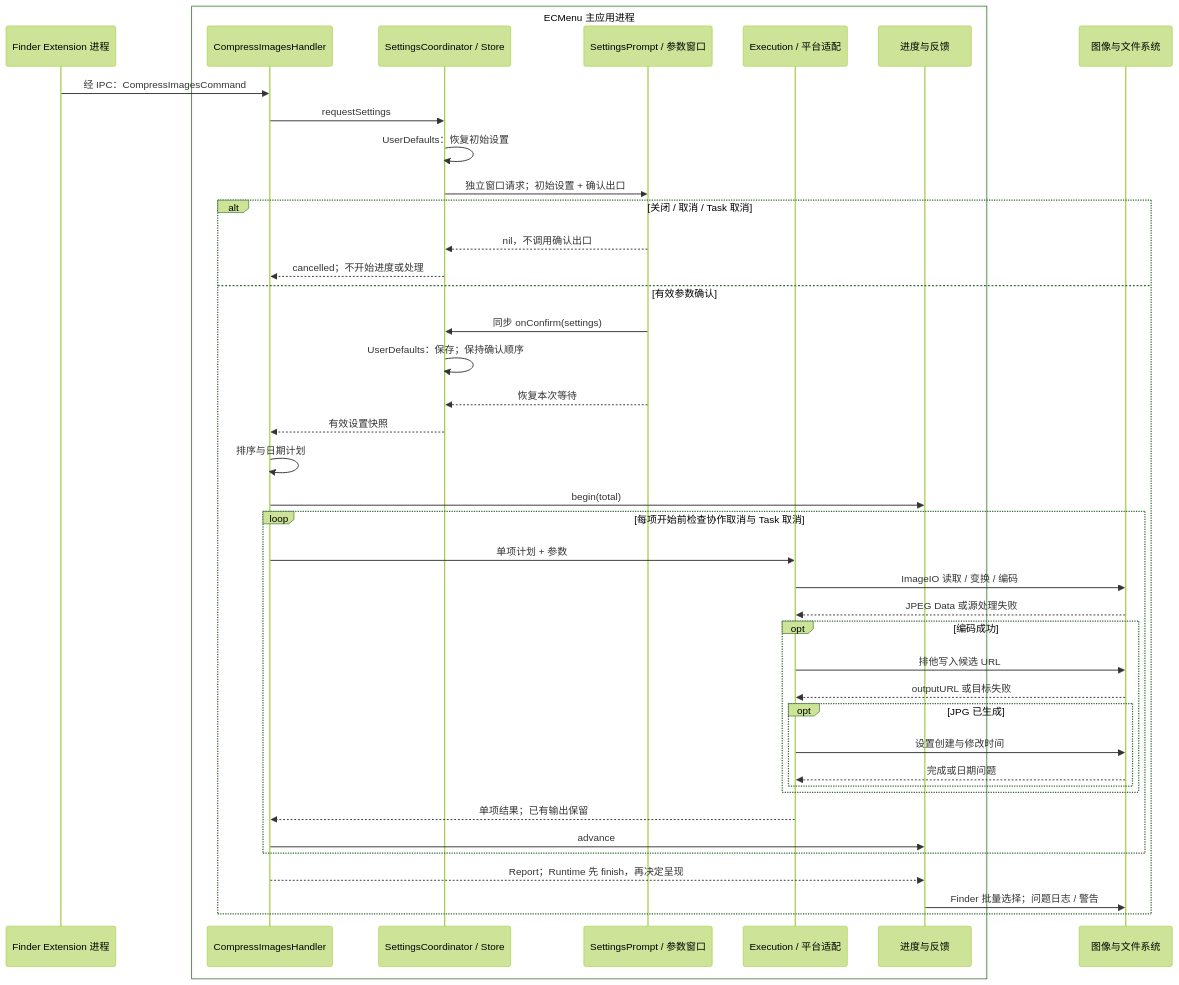
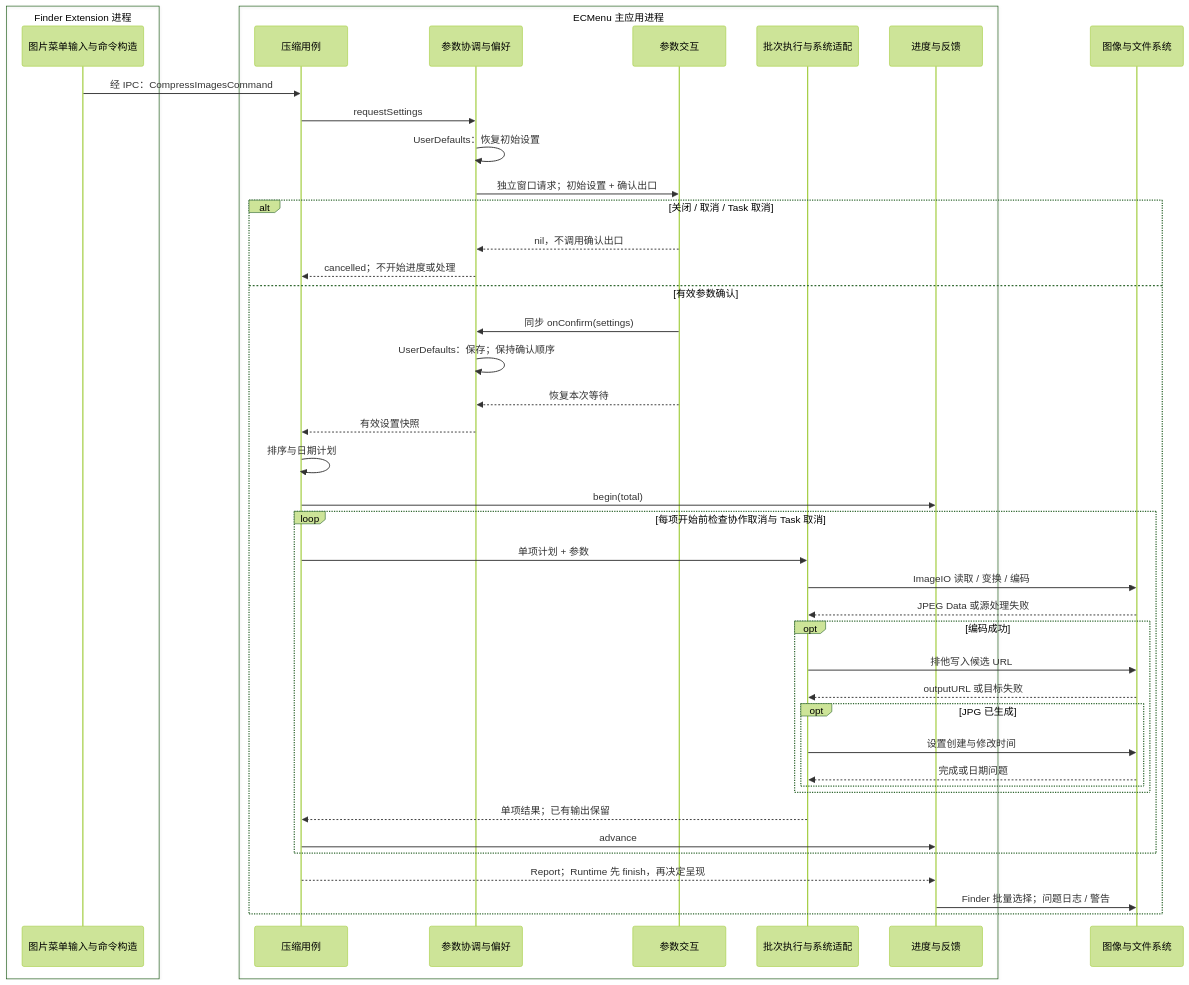
The diagram in spec/Technical/Features/ImageCompression.md (tlb-22/mac-tool-ecmenu), drawn with Mermaid (forest theme) before and after one commit. The commit also changed other lines of this file and 38 other files, not shown here.

````diff
--- a/spec/Technical/Features/ImageCompression.md
+++ b/spec/Technical/Features/ImageCompression.md
@@ -7,44 +7,46 @@
 ```mermaid
 sequenceDiagram
-    participant E as Finder Extension 进程
+    box Finder Extension 进程
+        participant E as 图片菜单输入与命令构造
+    end
     box ECMenu 主应用进程
-        participant H as CompressImagesHandler
-        participant C as SettingsCoordinator / Store
-        participant V as SettingsPrompt / 参数窗口
-        participant X as Execution / 平台适配
+        participant H as 压缩用例
+        participant C as 参数协调与偏好
+        participant V as 参数交互
+        participant X as 批次执行与系统适配
         participant P as 进度与反馈
     end
     participant S as 图像与文件系统
     E->>H: 经 IPC：CompressImagesCommand
     H->>C: requestSettings
     C->>C: UserDefaults：恢复初始设置
     C->>V: 独立窗口请求；初始设置 + 确认出口
     alt 关闭 / 取消 / Task 取消
         V-->>C: nil，不调用确认出口
         C-->>H: cancelled；不开始进度或处理
     else 有效参数确认
         V->>C: 同步 onConfirm(settings)
         C->>C: UserDefaults：保存；保持确认顺序
         V-->>C: 恢复本次等待
         C-->>H: 有效设置快照
         H->>H: 排序与日期计划
         H->>P: begin(total)
         loop 每项开始前检查协作取消与 Task 取消
             H->>X: 单项计划 + 参数
             X->>S: ImageIO 读取 / 变换 / 编码
             S-->>X: JPEG Data 或源处理失败
             opt 编码成功
                 X->>S: 排他写入候选 URL
                 S-->>X: outputURL 或目标失败
                 opt JPG 已生成
                     X->>S: 设置创建与修改时间
                     S-->>X: 完成或日期问题
                 end
             end
             X-->>H: 单项结果；已有输出保留
             H->>P: advance
         end
         H-->>P: Report；Runtime 先 finish，再决定呈现
         P->>S: Finder 批量选择；问题日志 / 警告
     end
 ```
````
